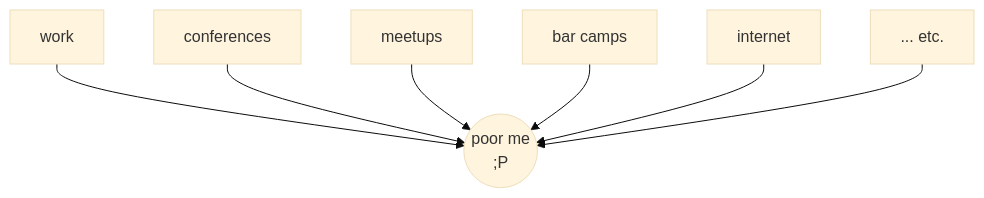
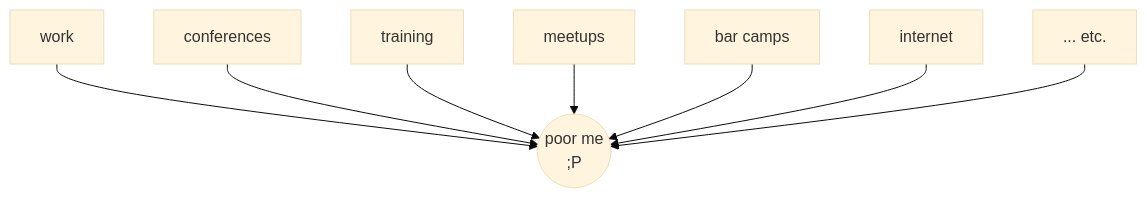
Before and after one commit to sourcefranke/learning-logs-presentation: the diagram in pages/issue.md, drawn with Mermaid (base theme).

Commit message:
add one more point

````diff
--- a/pages/issue.md
+++ b/pages/issue.md
@@ -10,9 +10,10 @@
 ```mermaid {scale: 1.1}
 flowchart TD
     work --> me((poor me\n;P))
     conferences --> me
+    training --> me
     meetups --> me
     bc[bar camps] --> me
     internet --> me
     etc[... etc.] --> me
 ```
````
